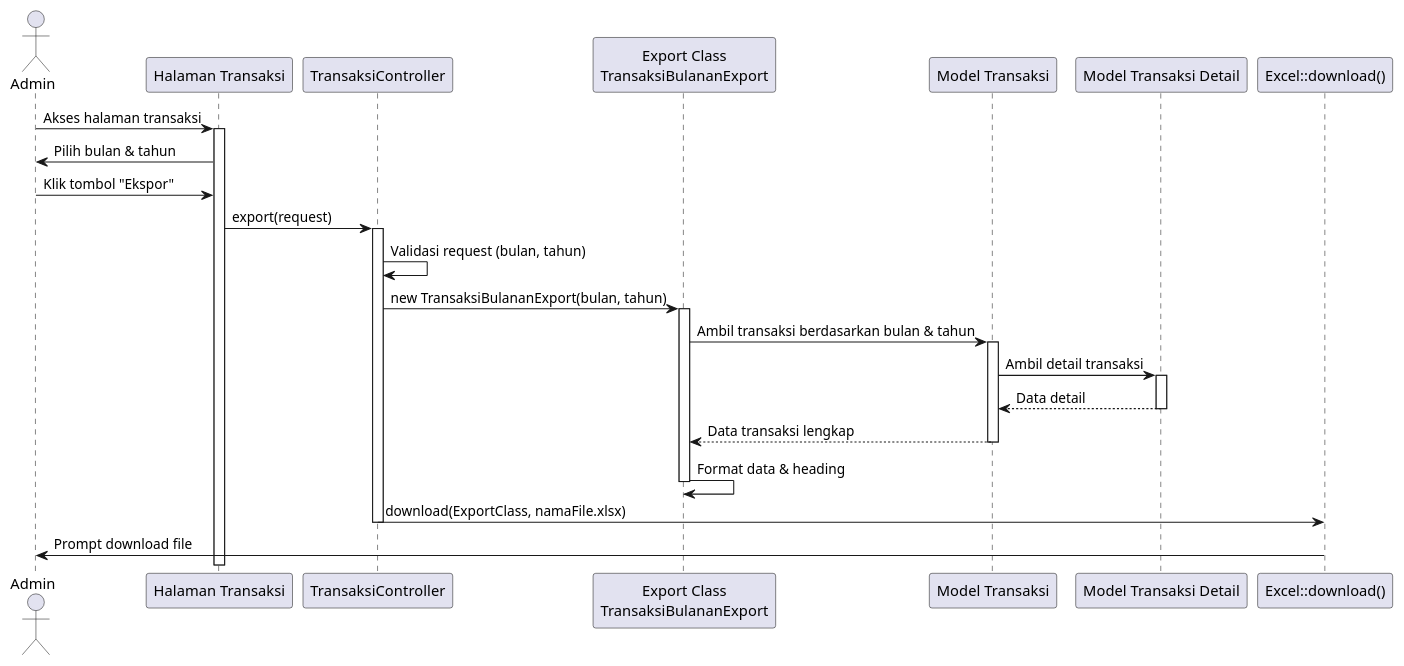
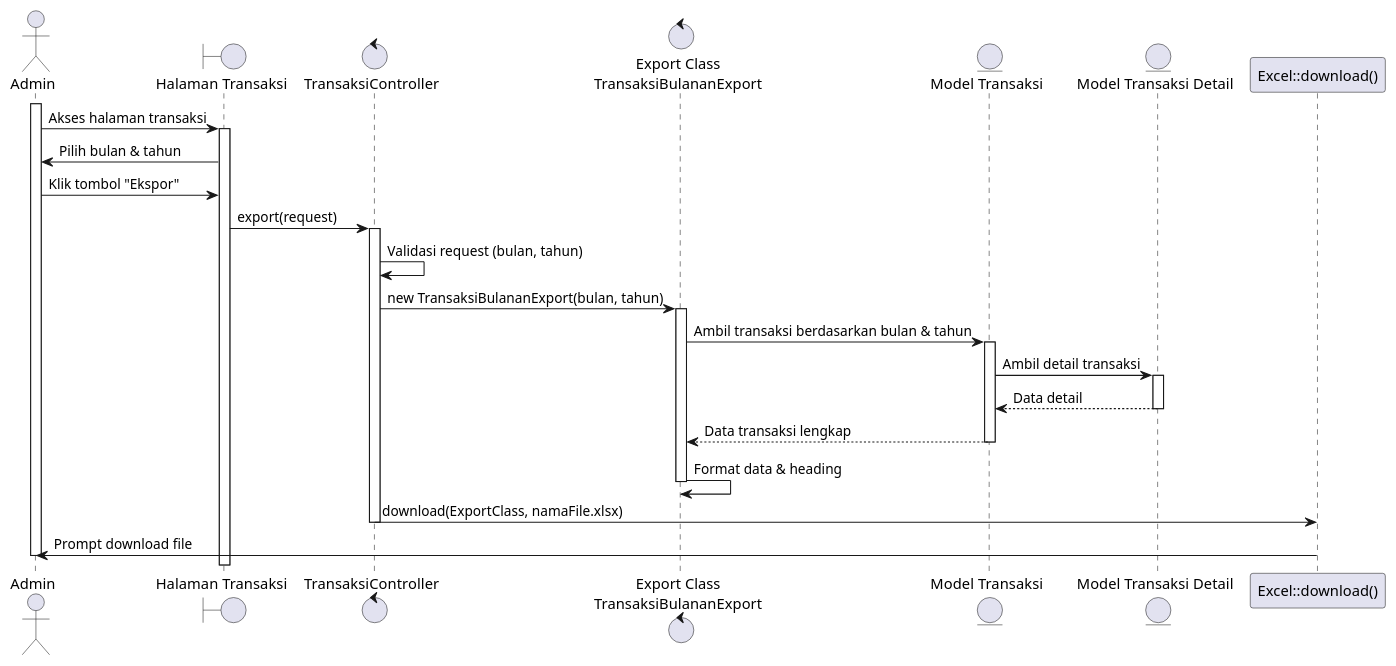
Before and after one commit to tengahcang/UML_TA: the diagram in sequence diagram/transaksi/mengekstrak_data_transaksi.wsd, drawn with PlantUML. The commit also changed 115 other files, not shown here.

```diff
--- a/sequence diagram/transaksi/mengekstrak_data_transaksi.wsd
+++ b/sequence diagram/transaksi/mengekstrak_data_transaksi.wsd
@@ -1,45 +1,46 @@
 @startuml
 actor Admin
 
-participant "Halaman Transaksi" as TransaksiPage
-participant "TransaksiController" as TransaksiController
-participant "Export Class\nTransaksiBulananExport" as ExportClass
-participant "Model Transaksi" as TransaksiModel
-participant "Model Transaksi Detail" as TransaksiDetailModel
+boundary "Halaman Transaksi" as TransaksiPage
+control "TransaksiController" as TransaksiController
+control "Export Class\nTransaksiBulananExport" as ExportClass
+entity "Model Transaksi" as TransaksiModel
+entity "Model Transaksi Detail" as TransaksiDetailModel
 participant "Excel::download()" as ExcelDownload
 
+activate Admin
 Admin -> TransaksiPage: Akses halaman transaksi
 activate TransaksiPage
 
 TransaksiPage -> Admin: Pilih bulan & tahun
 Admin -> TransaksiPage: Klik tombol "Ekspor"
 
 TransaksiPage -> TransaksiController: export(request)
 activate TransaksiController
 
 TransaksiController -> TransaksiController: Validasi request (bulan, tahun)
 
 TransaksiController -> ExportClass: new TransaksiBulananExport(bulan, tahun)
 activate ExportClass
 
 ExportClass -> TransaksiModel: Ambil transaksi berdasarkan bulan & tahun
 activate TransaksiModel
 
 TransaksiModel -> TransaksiDetailModel: Ambil detail transaksi
 activate TransaksiDetailModel
 
 TransaksiDetailModel --> TransaksiModel: Data detail
 deactivate TransaksiDetailModel
 
 TransaksiModel --> ExportClass: Data transaksi lengkap
 deactivate TransaksiModel
 
 ExportClass -> ExportClass: Format data & heading
 deactivate ExportClass
 
 TransaksiController -> ExcelDownload: download(ExportClass, namaFile.xlsx)
 deactivate TransaksiController
 
 ExcelDownload -> Admin: Prompt download file
-
+deactivate Admin
 @enduml
```
